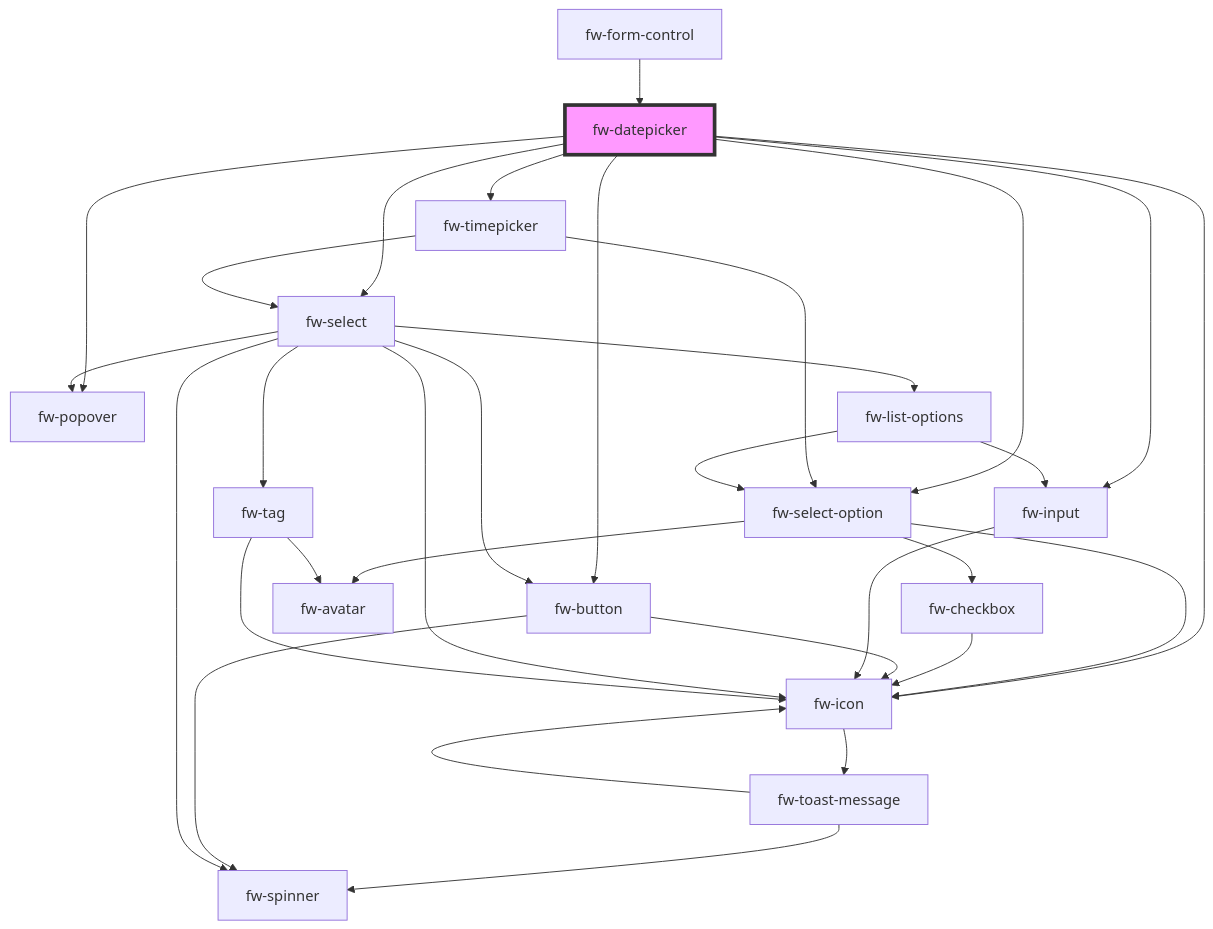
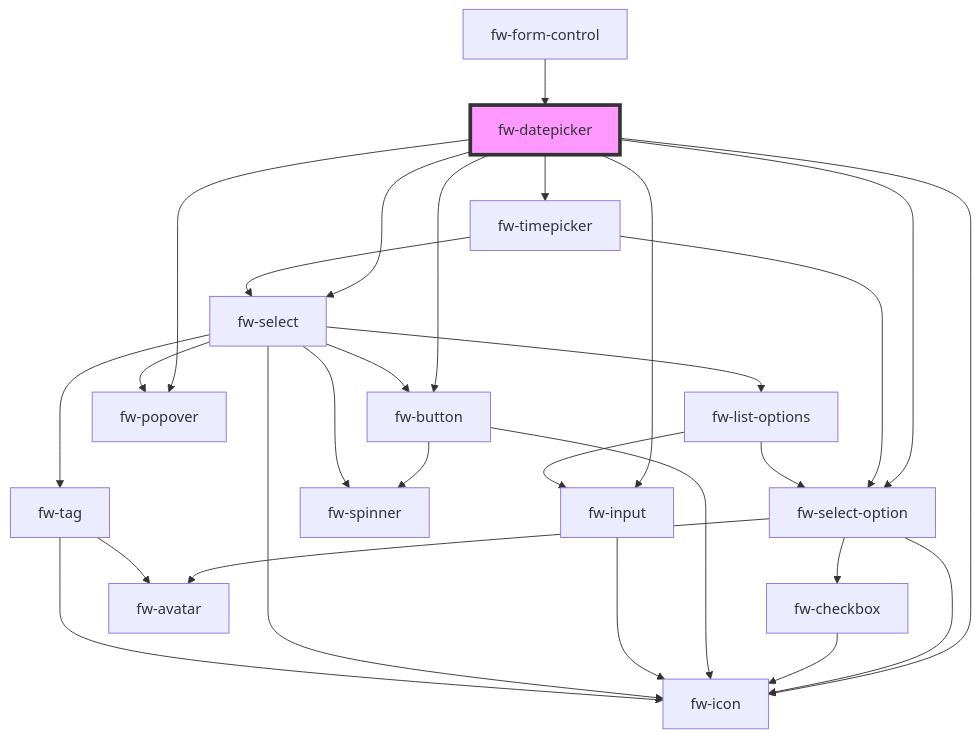
Before and after one commit to freshworks/crayons: the diagram in packages/crayons-core/src/components/datepicker/readme.md, drawn with Mermaid. The commit also changed 34 other files, not shown here.

````diff
--- a/packages/crayons-core/src/components/datepicker/readme.md
+++ b/packages/crayons-core/src/components/datepicker/readme.md
@@ -308,34 +308,31 @@
 ```mermaid
 graph TD;
   fw-datepicker --> fw-select-option
   fw-datepicker --> fw-button
   fw-datepicker --> fw-input
   fw-datepicker --> fw-timepicker
   fw-datepicker --> fw-popover
   fw-datepicker --> fw-icon
   fw-datepicker --> fw-select
   fw-select-option --> fw-icon
   fw-select-option --> fw-checkbox
   fw-select-option --> fw-avatar
-  fw-icon --> fw-toast-message
-  fw-toast-message --> fw-spinner
-  fw-toast-message --> fw-icon
   fw-checkbox --> fw-icon
   fw-button --> fw-spinner
   fw-button --> fw-icon
   fw-input --> fw-icon
   fw-timepicker --> fw-select
   fw-timepicker --> fw-select-option
   fw-select --> fw-tag
   fw-select --> fw-popover
   fw-select --> fw-button
   fw-select --> fw-spinner
   fw-select --> fw-icon
   fw-select --> fw-list-options
   fw-tag --> fw-avatar
   fw-tag --> fw-icon
   fw-list-options --> fw-select-option
   fw-list-options --> fw-input
   fw-form-control --> fw-datepicker
   style fw-datepicker fill:#f9f,stroke:#333,stroke-width:4px
 ```
````
